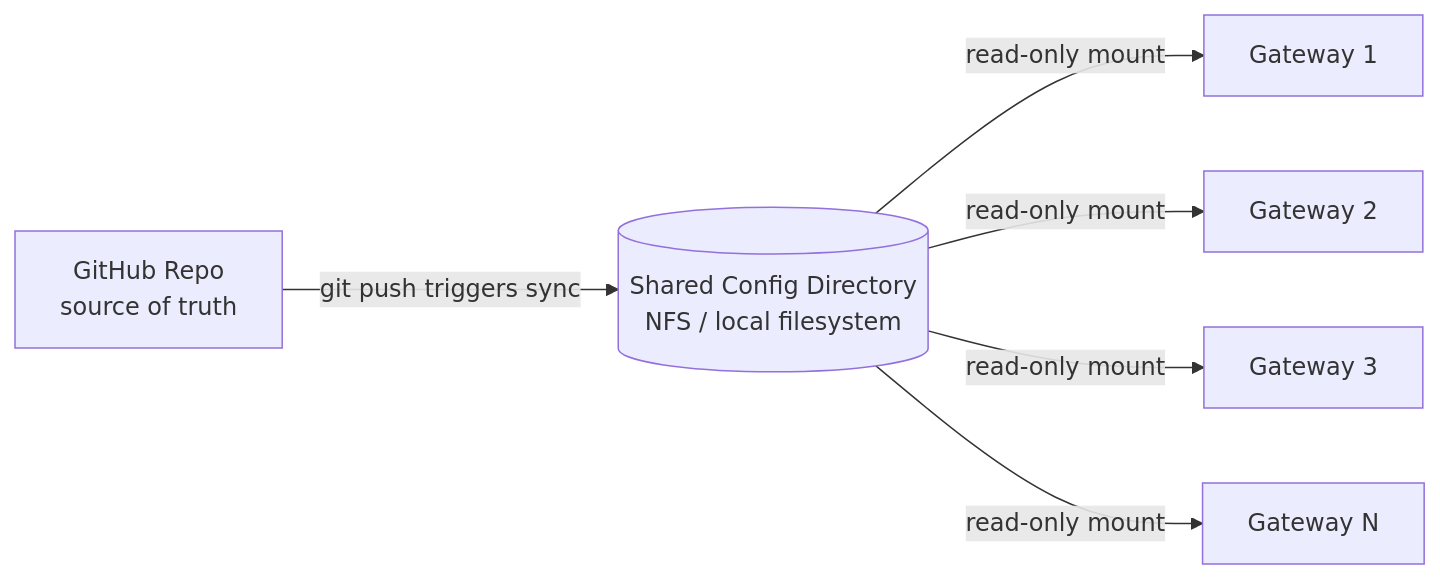
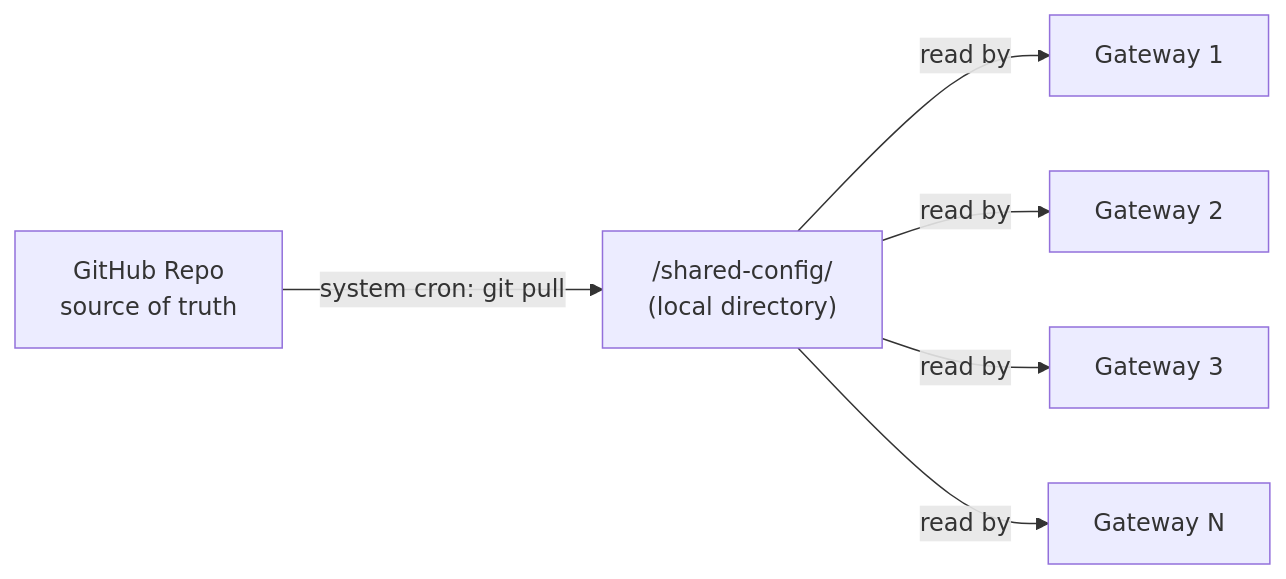
Before and after one commit to 1qh/claw: the first of 2 diagrams in brainstorm/versioning.md, drawn with Mermaid. The commit also changed other lines of this file and 2 other files, not shown here.

Commit message:
Fix consistency: single-channel, four surfaces, remove NFS/channel refs, align identity model

````diff
--- a/brainstorm/versioning.md
+++ b/brainstorm/versioning.md
@@ -17,9 +17,9 @@
 ```mermaid
 graph LR
-    GH[GitHub Repo<br/>source of truth] -->|git push triggers sync| VOL[(Shared Config Directory<br/>NFS / local filesystem)]
+    GH[GitHub Repo<br/>source of truth] -->|system cron: git pull| DIR["/shared-config/<br/>(local directory)"]
 
-    VOL -->|read-only mount| C1[Gateway 1]
-    VOL -->|read-only mount| C2[Gateway 2]
-    VOL -->|read-only mount| C3[Gateway 3]
-    VOL -->|read-only mount| CN[Gateway N]
+    DIR -->|read by| G1[Gateway 1]
+    DIR -->|read by| G2[Gateway 2]
+    DIR -->|read by| G3[Gateway 3]
+    DIR -->|read by| GN[Gateway N]
 ```
````
